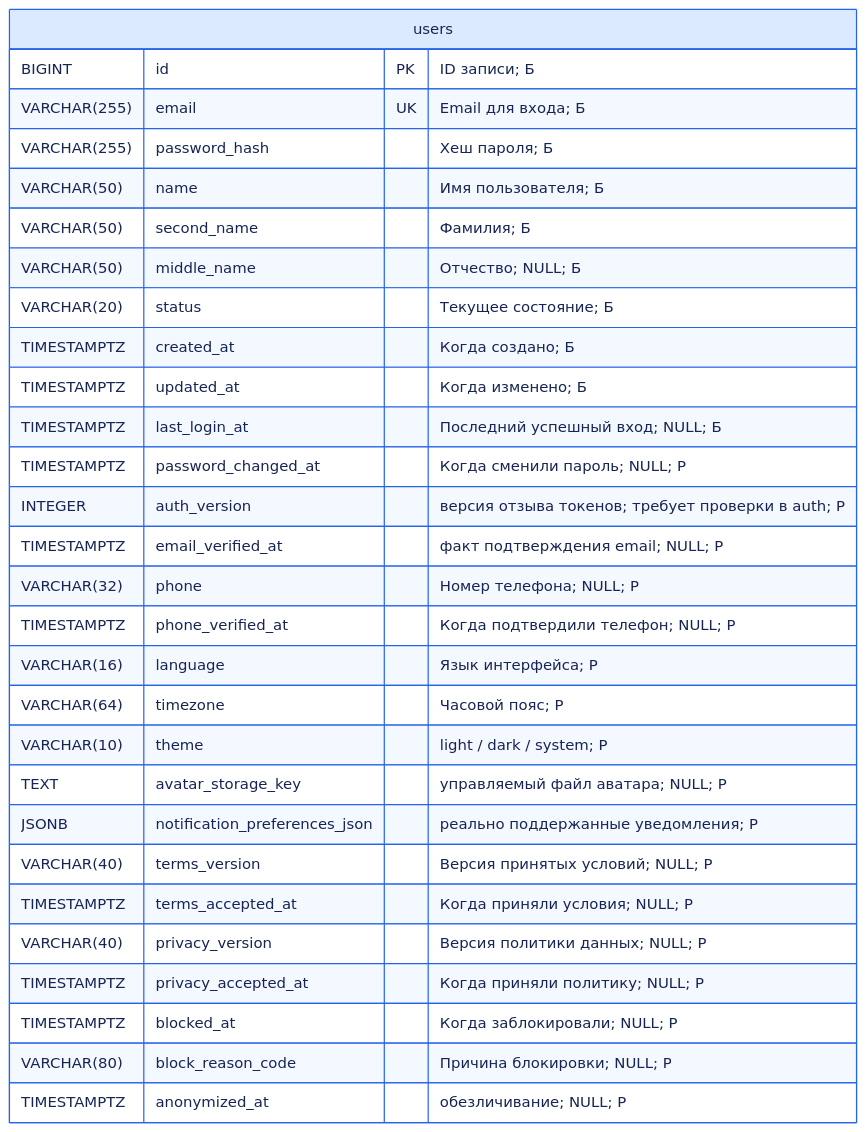
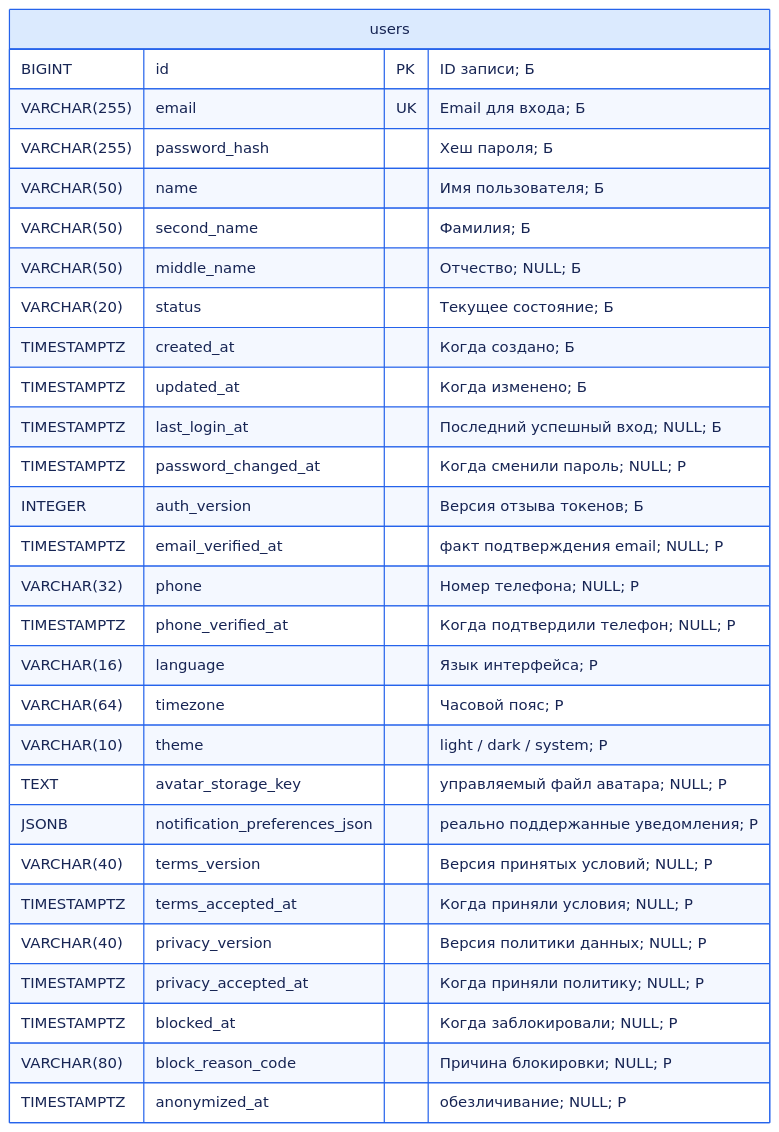
Before and after one commit to Maks0Ny/finsight: the first of 16 diagrams in docs/DATABASE_TABLE_DIAGRAMS.md, drawn with Mermaid. The commit also changed other lines of this file and 26 other files, not shown here.

````diff
--- a/docs/DATABASE_TABLE_DIAGRAMS.md
+++ b/docs/DATABASE_TABLE_DIAGRAMS.md
@@ -9,40 +11,40 @@
 ```mermaid
 ---
 config:
   theme: base
   themeVariables:
     primaryColor: "#dbeafe"
     primaryBorderColor: "#2563eb"
     primaryTextColor: "#172554"
 ---
 erDiagram
     users {
         BIGINT id PK "ID записи; Б"
         VARCHAR(255) email UK "Email для входа; Б"
         VARCHAR(255) password_hash "Хеш пароля; Б"
         VARCHAR(50) name "Имя пользователя; Б"
         VARCHAR(50) second_name "Фамилия; Б"
         VARCHAR(50) middle_name "Отчество; NULL; Б"
         VARCHAR(20) status "Текущее состояние; Б"
         TIMESTAMPTZ created_at "Когда создано; Б"
         TIMESTAMPTZ updated_at "Когда изменено; Б"
         TIMESTAMPTZ last_login_at "Последний успешный вход; NULL; Б"
         TIMESTAMPTZ password_changed_at "Когда сменили пароль; NULL; Р"
-        INTEGER auth_version "версия отзыва токенов; требует проверки в auth; Р"
+        INTEGER auth_version "Версия отзыва токенов; Б"
         TIMESTAMPTZ email_verified_at "факт подтверждения email; NULL; Р"
         VARCHAR(32) phone "Номер телефона; NULL; Р"
         TIMESTAMPTZ phone_verified_at "Когда подтвердили телефон; NULL; Р"
         VARCHAR(16) language "Язык интерфейса; Р"
         VARCHAR(64) timezone "Часовой пояс; Р"
         VARCHAR(10) theme "light / dark / system; Р"
         TEXT avatar_storage_key "управляемый файл аватара; NULL; Р"
         JSONB notification_preferences_json "реально поддержанные уведомления; Р"
         VARCHAR(40) terms_version "Версия принятых условий; NULL; Р"
         TIMESTAMPTZ terms_accepted_at "Когда приняли условия; NULL; Р"
         VARCHAR(40) privacy_version "Версия политики данных; NULL; Р"
         TIMESTAMPTZ privacy_accepted_at "Когда приняли политику; NULL; Р"
         TIMESTAMPTZ blocked_at "Когда заблокировали; NULL; Р"
         VARCHAR(80) block_reason_code "Причина блокировки; NULL; Р"
         TIMESTAMPTZ anonymized_at "обезличивание; NULL; Р"
     }
 ```
````
